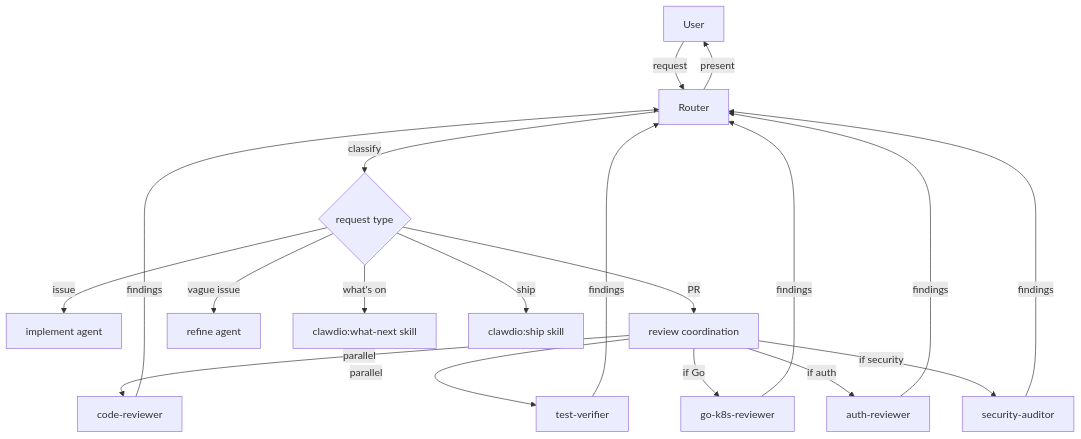
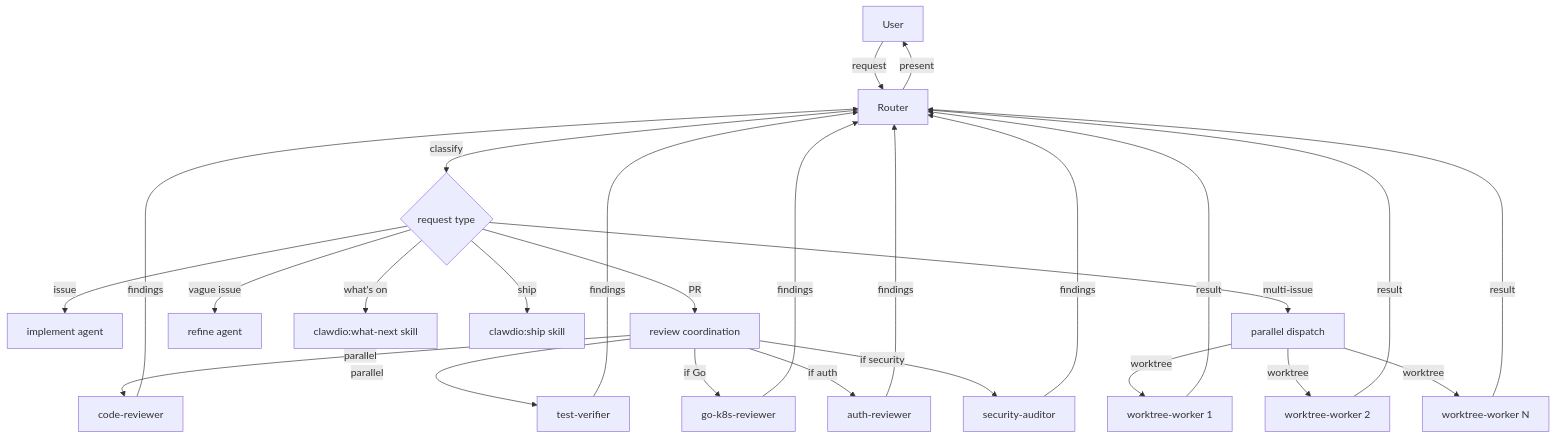
Before and after one commit to jasonmadigan/clawdio: the first of 2 diagrams in docs/architecture.md, drawn with Mermaid.

Commit message:
add worktree-worker to router dispatch mermaid diagram (#5)

````diff
--- a/docs/architecture.md
+++ b/docs/architecture.md
@@ -27,17 +27,22 @@
 ```mermaid
 graph TD
     User -->|request| Router
     Router -->|classify| Decision{request type}
     Decision -->|issue| Implement[implement agent]
     Decision -->|PR| Review[review coordination]
     Decision -->|vague issue| Refine[refine agent]
     Decision -->|what's on| WhatNext[clawdio:what-next skill]
     Decision -->|ship| Ship[clawdio:ship skill]
+    Decision -->|multi-issue| Parallel[parallel dispatch]
     Review -->|parallel| CR[code-reviewer]
     Review -->|parallel| TV[test-verifier]
     Review -->|if Go| GK[go-k8s-reviewer]
     Review -->|if auth| AR[auth-reviewer]
     Review -->|if security| SA[security-auditor]
     CR & TV & GK & AR & SA -->|findings| Router
+    Parallel -->|worktree| WW1[worktree-worker 1]
+    Parallel -->|worktree| WW2[worktree-worker 2]
+    Parallel -->|worktree| WWN[worktree-worker N]
+    WW1 & WW2 & WWN -->|result| Router
     Router -->|present| User
 ```
````
